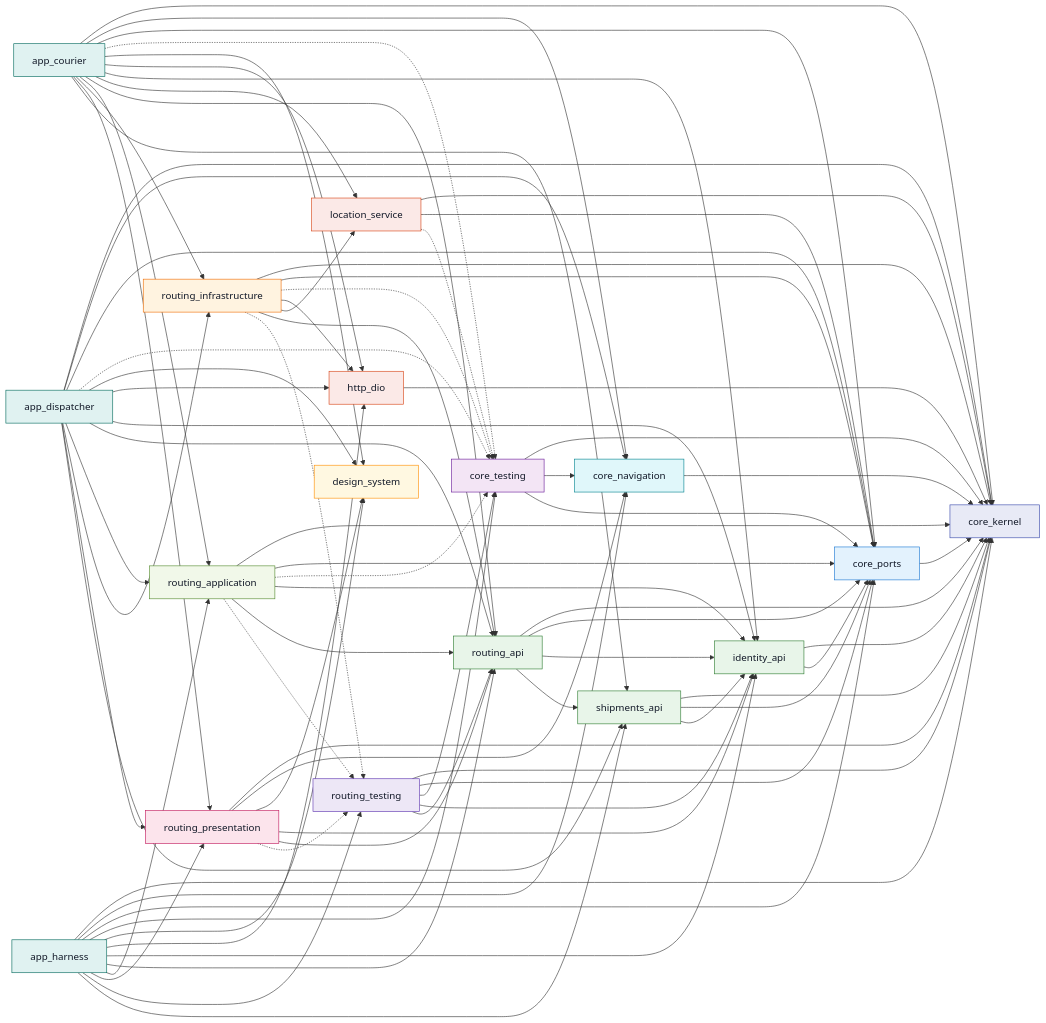
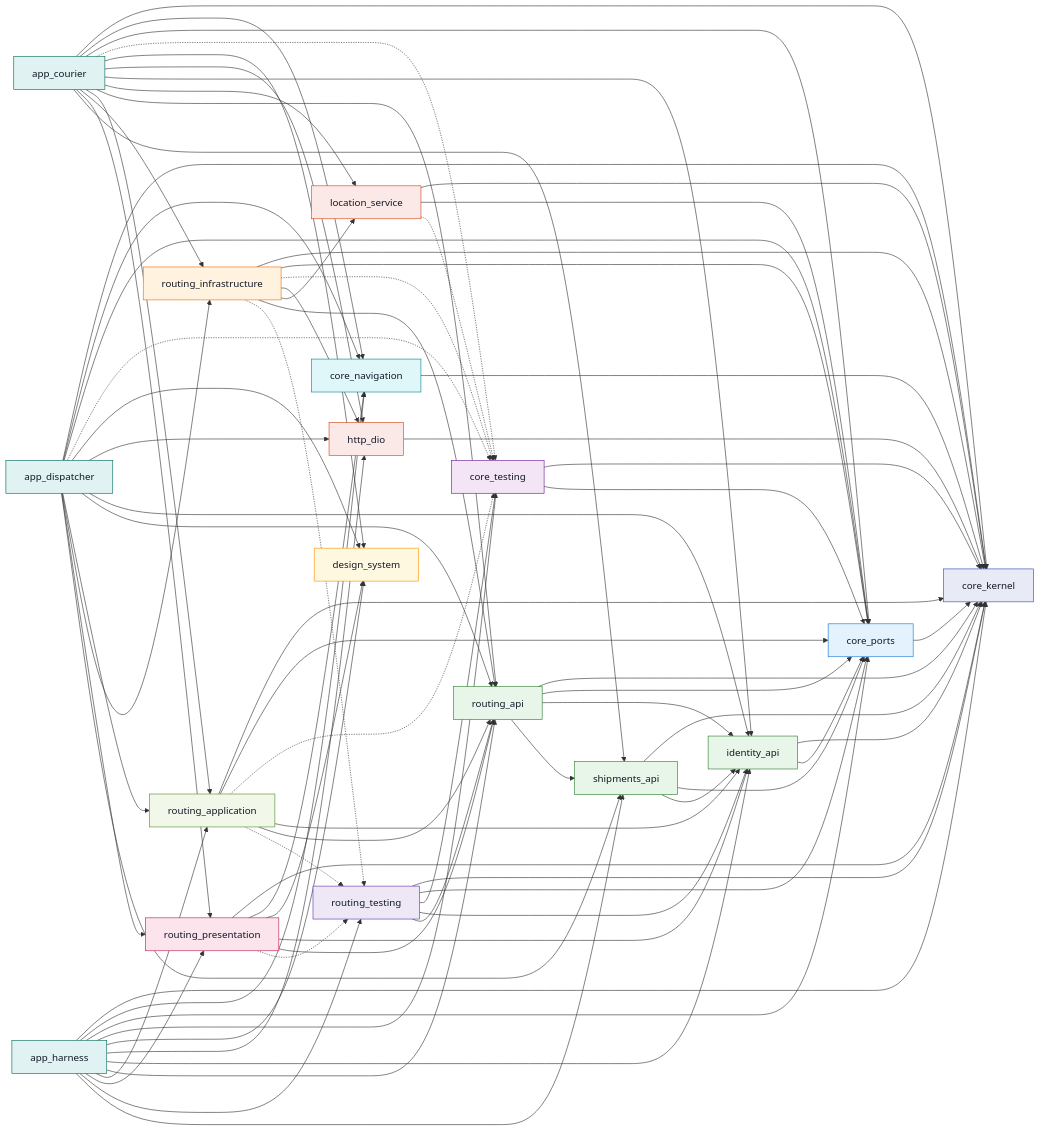
Before and after one commit to yunusemrealpak/flutter-hexagonal-monorepo: the third of 4 diagrams in docs/dependency-graph.md, drawn with Mermaid. The commit also changed other lines of this file and 11 other files, not shown here.

```diff
--- a/docs/dependency-graph.md
+++ b/docs/dependency-graph.md
@@ -276,7 +275,6 @@
   core_navigation --> core_kernel
   core_ports --> core_kernel
   core_testing --> core_kernel
-  core_testing --> core_navigation
   core_testing --> core_ports
   http_dio --> core_kernel
   identity_api --> core_kernel
```
